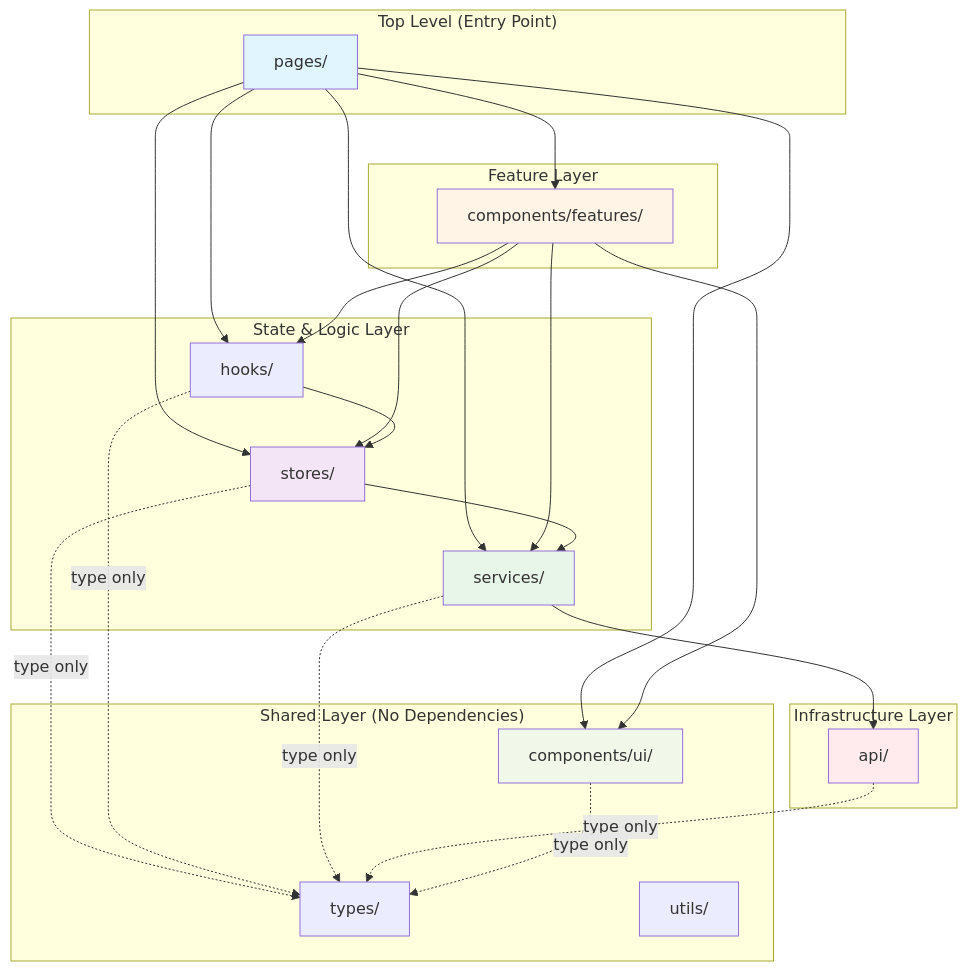
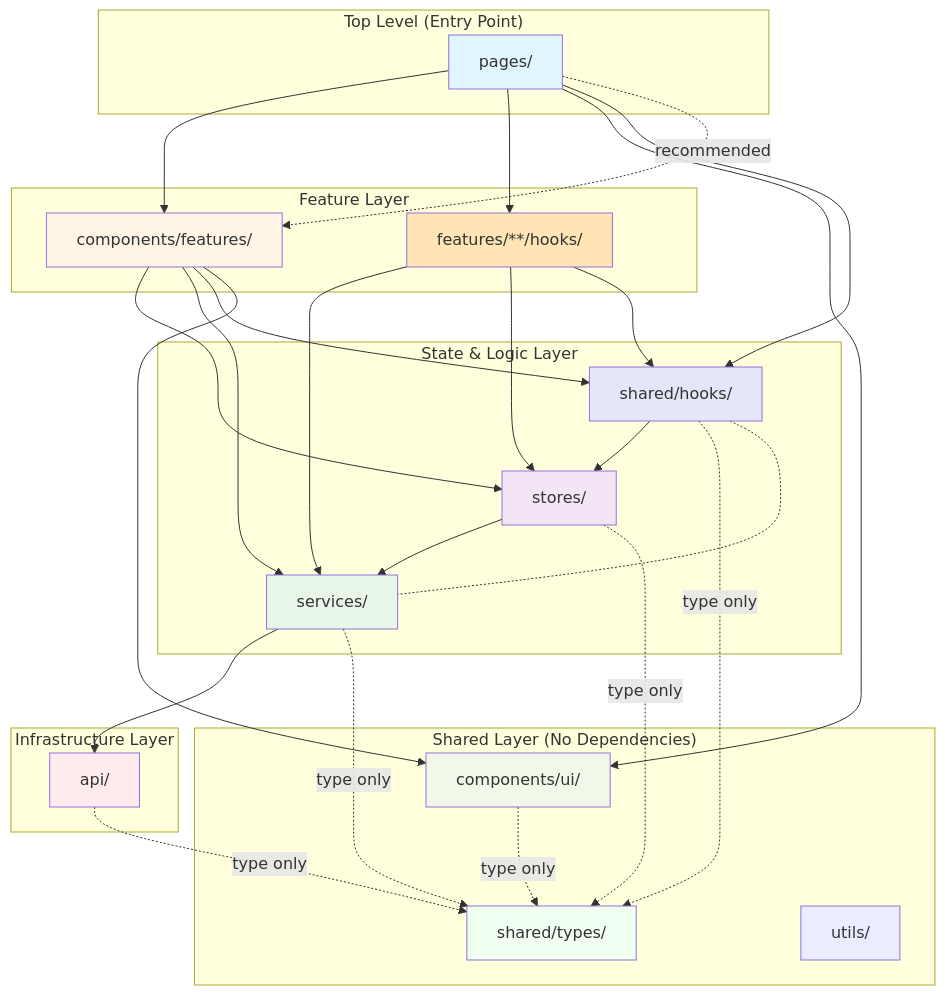
The diagram in frontend/ARCHITECTURE.md (donghwunline/wellkorea-erp), drawn with Mermaid before and after one commit. The commit also changed other lines of this file and 1 other file, not shown here.

First line of the commit message:
docs(frontend): update architecture for shared modules

````diff
--- a/frontend/ARCHITECTURE.md
+++ b/frontend/ARCHITECTURE.md
@@ -212,57 +248,69 @@
 ```mermaid
 graph TB
     subgraph "Top Level (Entry Point)"
         pages[pages/]
     end
 
     subgraph "Feature Layer"
         features[components/features/]
+        featureHooks[features/**/hooks/]
     end
 
     subgraph "State & Logic Layer"
         stores[stores/]
-        hooks[hooks/]
+        sharedHooks[shared/hooks/]
         services[services/]
     end
 
     subgraph "Infrastructure Layer"
         api[api/]
     end
 
     subgraph "Shared Layer (No Dependencies)"
         ui[components/ui/]
-        types[types/]
+        types[shared/types/]
         utils[utils/]
     end
 
+    %% Pages: Only features, ui, shared/hooks (NOT services/stores directly)
     pages --> features
+    pages --> featureHooks
     pages --> ui
-    pages --> stores
-    pages --> hooks
-    pages --> services
+    pages --> sharedHooks
+    pages -.recommended.-> features
 
+    %% Feature layer
     features --> stores
     features --> services
-    features --> hooks
+    features --> sharedHooks
     features --> ui
 
+    featureHooks --> services
+    featureHooks --> stores
+    featureHooks --> sharedHooks
+
+    %% State layer
     stores --> services
     stores -.type only.-> types
 
-    hooks --> stores
-    hooks -.type only.-> types
+    sharedHooks --> stores
+    sharedHooks -.type only.-> types
+    sharedHooks -.- services
 
     services --> api
     services -.type only.-> types
 
     api -.type only.-> types
 
     ui -.type only.-> types
 
     style pages fill:#e1f5ff
     style features fill:#fff4e6
+    style featureHooks fill:#ffe4b5
     style stores fill:#f3e5f5
+    style sharedHooks fill:#e6e6fa
     style services fill:#e8f5e9
     style api fill:#ffebee
     style ui fill:#f1f8e9
+    style types fill:#f0fff0
 ```
````
